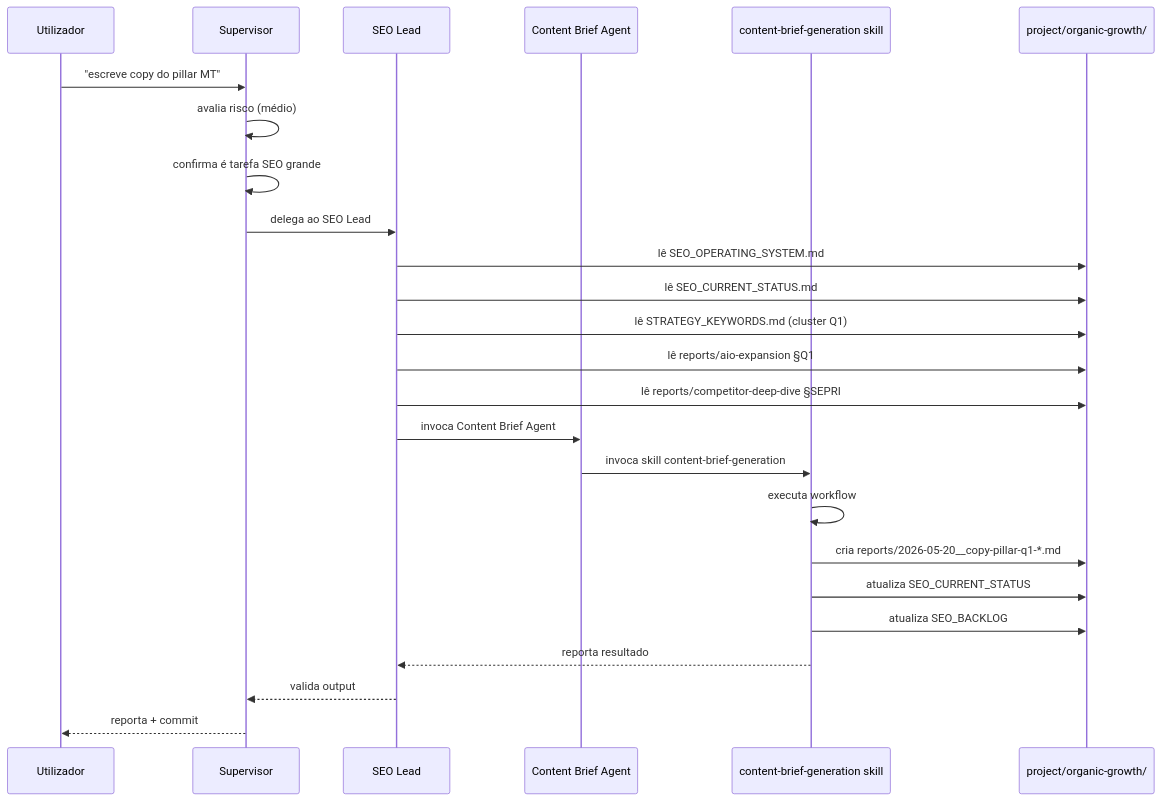
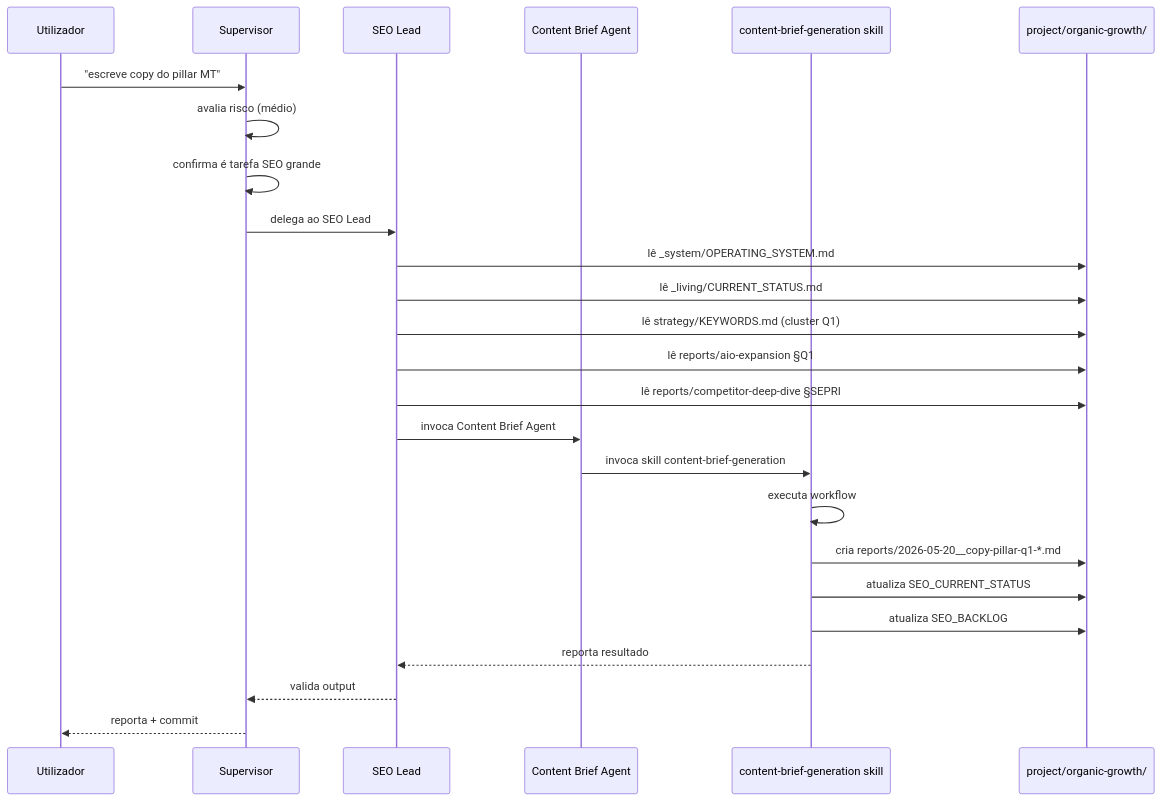
One commit to mejoaocorreia/previmed changed the second of 2 diagrams in .claude/project/organic-growth/reports/2026-05-20__architecture-map.md. Above: the diagram before and after it, drawn with Mermaid. The commit also changed other lines of this file and 48 other files, not shown here.

````diff
--- a/.claude/project/organic-growth/reports/2026-05-20__architecture-map.md
+++ b/.claude/project/organic-growth/reports/2026-05-20__architecture-map.md
@@ -293,32 +293,32 @@
 ```mermaid
 sequenceDiagram
     participant U as Utilizador
     participant S as Supervisor
     participant L as SEO Lead
     participant Sp as Content Brief Agent
     participant Sk as content-brief-generation skill
     participant P as project/organic-growth/
 
     U->>S: "escreve copy do pillar MT"
     S->>S: avalia risco (médio)
     S->>S: confirma é tarefa SEO grande
     S->>L: delega ao SEO Lead
 
-    L->>P: lê SEO_OPERATING_SYSTEM.md
-    L->>P: lê SEO_CURRENT_STATUS.md
-    L->>P: lê STRATEGY_KEYWORDS.md (cluster Q1)
+    L->>P: lê _system/OPERATING_SYSTEM.md
+    L->>P: lê _living/CURRENT_STATUS.md
+    L->>P: lê strategy/KEYWORDS.md (cluster Q1)
     L->>P: lê reports/aio-expansion §Q1
     L->>P: lê reports/competitor-deep-dive §SEPRI
 
     L->>Sp: invoca Content Brief Agent
     Sp->>Sk: invoca skill content-brief-generation
 
     Sk->>Sk: executa workflow
     Sk->>P: cria reports/2026-05-20__copy-pillar-q1-*.md
     Sk->>P: atualiza SEO_CURRENT_STATUS
     Sk->>P: atualiza SEO_BACKLOG
 
     Sk-->>L: reporta resultado
     L-->>S: valida output
     S-->>U: reporta + commit
 ```
````
